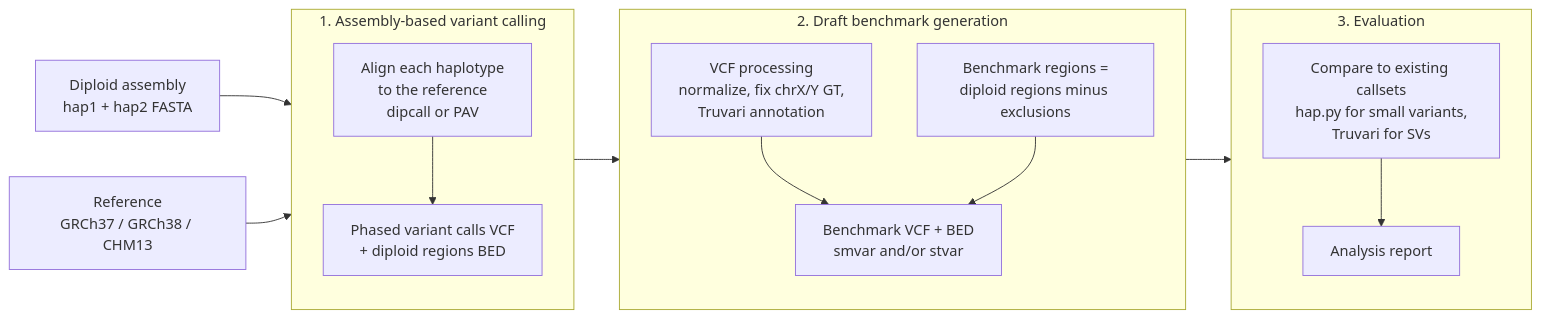
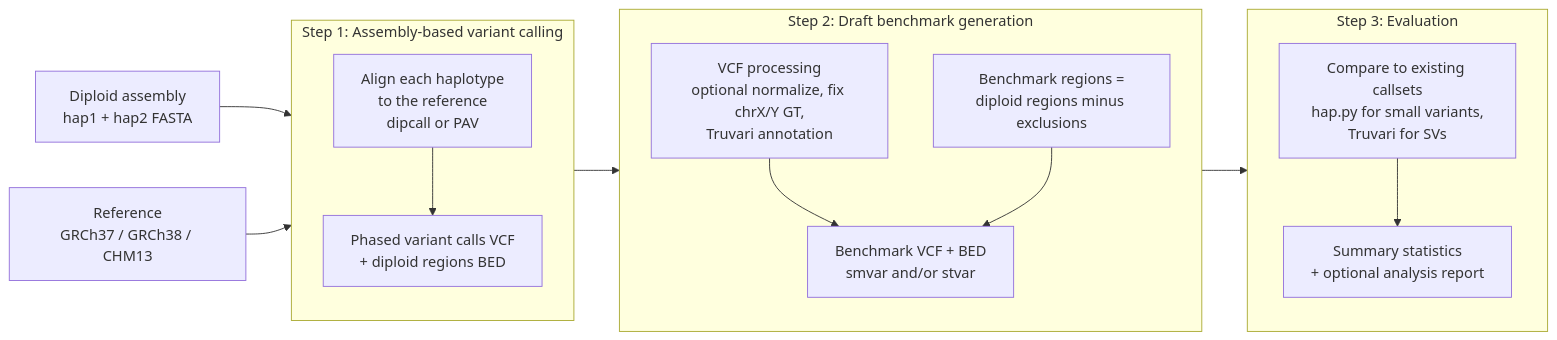
The diagram in README.md (usnistgov/defrabb), drawn with Mermaid before and after one commit. The commit also changed other lines of this file and 11 other files, not shown here.

````diff
--- a/README.md
+++ b/README.md
@@ -38,20 +38,20 @@
 ```mermaid
 flowchart LR
     A[Diploid assembly<br/>hap1 + hap2 FASTA] --> VC
     R[Reference<br/>GRCh37 / GRCh38 / CHM13] --> VC
-    subgraph VC[1. Assembly-based variant calling]
+    subgraph VC["Step 1: Assembly-based variant calling"]
         direction TB
         V1[Align each haplotype<br/>to the reference<br/>dipcall or PAV] --> V2[Phased variant calls VCF<br/>+ diploid regions BED]
     end
     VC --> BG
-    subgraph BG[2. Draft benchmark generation]
+    subgraph BG["Step 2: Draft benchmark generation"]
         direction TB
-        B1[VCF processing<br/>normalize, fix chrX/Y GT,<br/>Truvari annotation] --> B3
+        B1[VCF processing<br/>optional normalize, fix chrX/Y GT,<br/>Truvari annotation] --> B3
         B2[Benchmark regions =<br/>diploid regions minus exclusions] --> B3[Benchmark VCF + BED<br/>smvar and/or stvar]
     end
     BG --> EV
-    subgraph EV[3. Evaluation]
+    subgraph EV["Step 3: Evaluation"]
         direction TB
-        E1[Compare to existing callsets<br/>hap.py for small variants,<br/>Truvari for SVs] --> E2[Analysis report]
+        E1[Compare to existing callsets<br/>hap.py for small variants,<br/>Truvari for SVs] --> E2[Summary statistics<br/>+ optional analysis report]
     end
 ```
````
